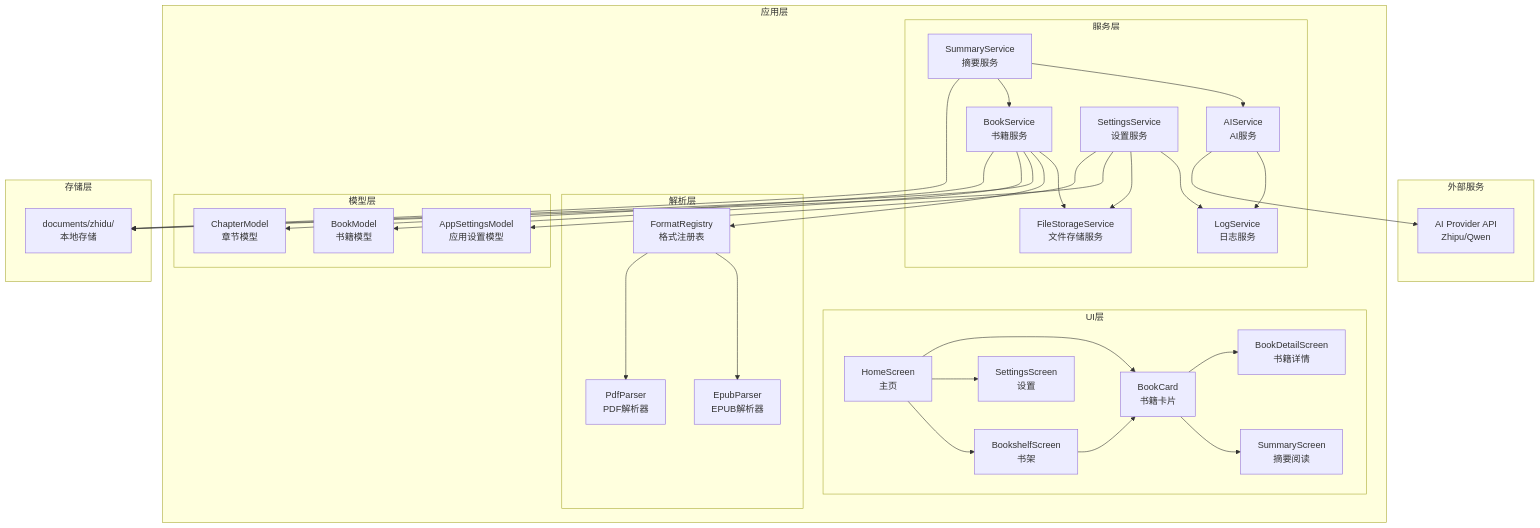
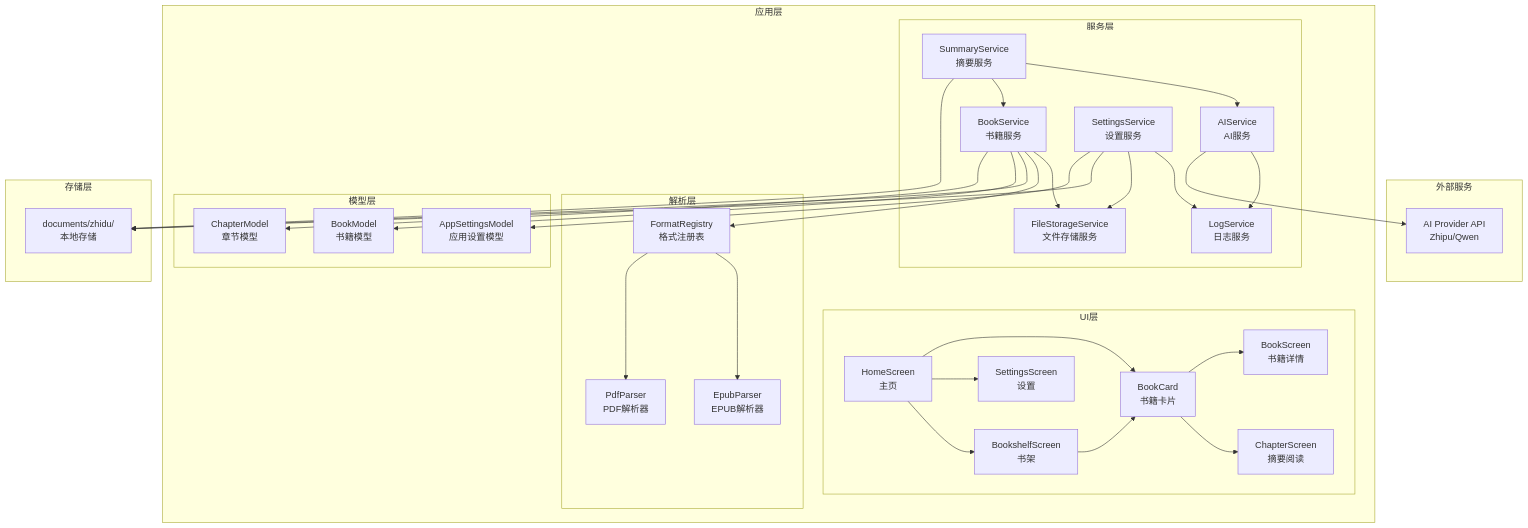
Before and after one commit to jjzhang2000/zhidu: the first of 12 diagrams in docs/function_call_relationships_visual.md, drawn with Mermaid. The commit also changed other lines of this file and 30 other files, not shown here.

First line of the commit message:
refactor: 重命名 SummaryScreen 为 ChapterScreen，BookDetailScreen 为 BookScreen

````diff
--- a/docs/function_call_relationships_visual.md
+++ b/docs/function_call_relationships_visual.md
@@ -7,76 +7,76 @@
 ```mermaid
 graph TB
     subgraph "外部服务"
         AI[AI Provider API<br/>Zhipu/Qwen]
     end
 
     subgraph "应用层"
         subgraph "UI层"
             HS[HomeScreen<br/>主页]
             BS[BookshelfScreen<br/>书架]
             BC[BookCard<br/>书籍卡片]
-            BDS[BookDetailScreen<br/>书籍详情]
-            SS[SummaryScreen<br/>摘要阅读]
+            BDS[BookScreen<br/>书籍详情]
+            SS[ChapterScreen<br/>摘要阅读]
             SET[SettingsScreen<br/>设置]
         end
         
         subgraph "服务层"
             BSVC[BookService<br/>书籍服务]
             AISC[AIService<br/>AI服务]
             SSVC[SummaryService<br/>摘要服务]
             SETSC[SettingsService<br/>设置服务]
             LOG[LogService<br/>日志服务]
             FSS[FileStorageService<br/>文件存储服务]
         end
         
         subgraph "解析层"
             FR[FormatRegistry<br/>格式注册表]
             EPUB[EpubParser<br/>EPUB解析器]
             PDF[PdfParser<br/>PDF解析器]
         end
         
         subgraph "模型层"
             BM[BookModel<br/>书籍模型]
             CM[ChapterModel<br/>章节模型]
             ASM[AppSettingsModel<br/>应用设置模型]
         end
     end
 
     subgraph "存储层"
         STG[documents/zhidu/<br/>本地存储]
     end
 
     %% UI层连接
     HS --> BS
     HS --> BC
     BS --> BC
     BC --> BDS
     BC --> SS
     HS --> SET
     
     %% 服务层连接
     BSVC --> FSS
     AISC --> LOG
     SSVC --> AISC
     SSVC --> BSVC
     SETSC --> LOG
     SETSC --> FSS
     
     %% 解析层连接
     FR --> EPUB
     FR --> PDF
     BSVC --> FR
     
     %% 存储连接
     BSVC --> STG
     SSVC --> STG
     SETSC --> STG
     
     %% AI服务连接
     AISC --> AI
     
     %% 模型连接
     BSVC --> BM
     BSVC --> CM
     SETSC --> ASM
 ```
````
